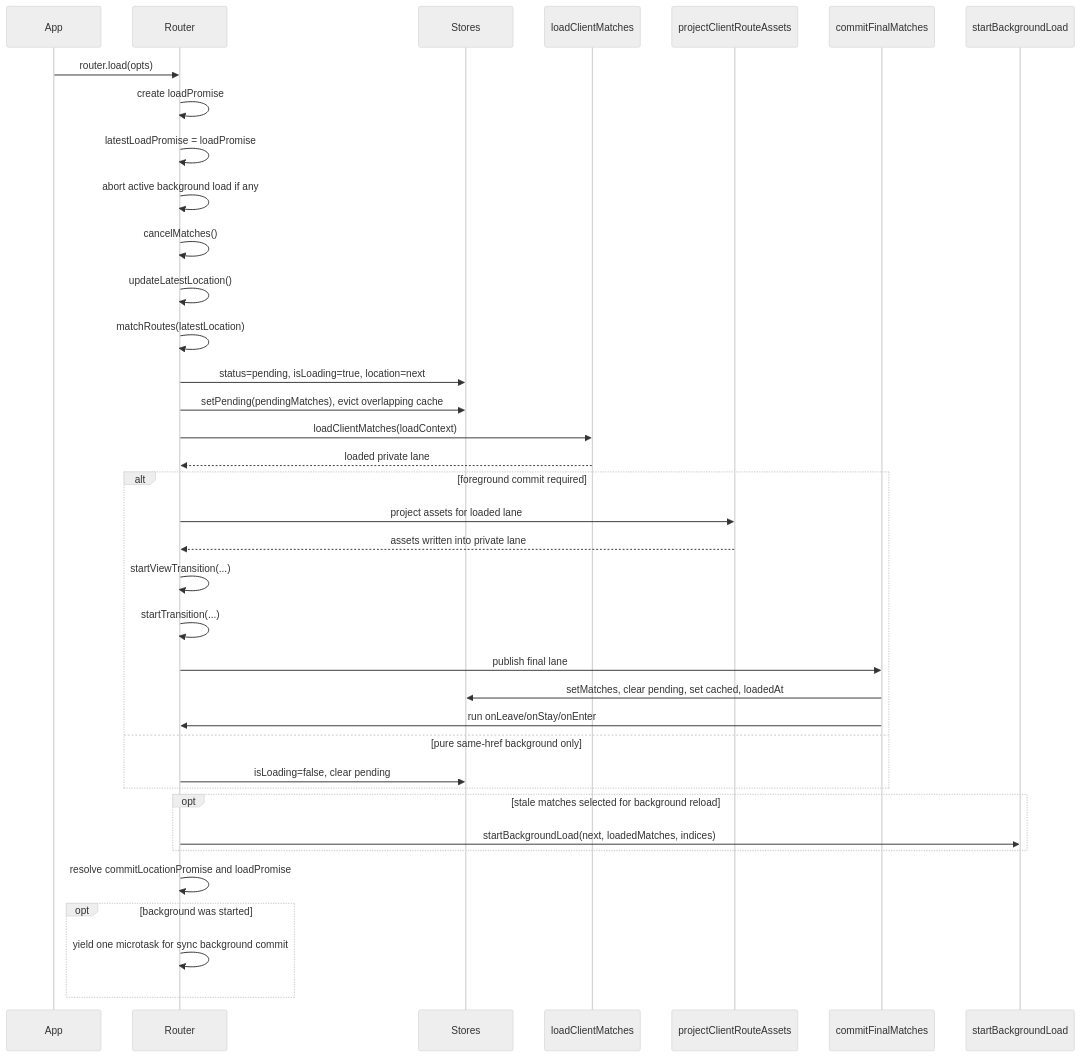
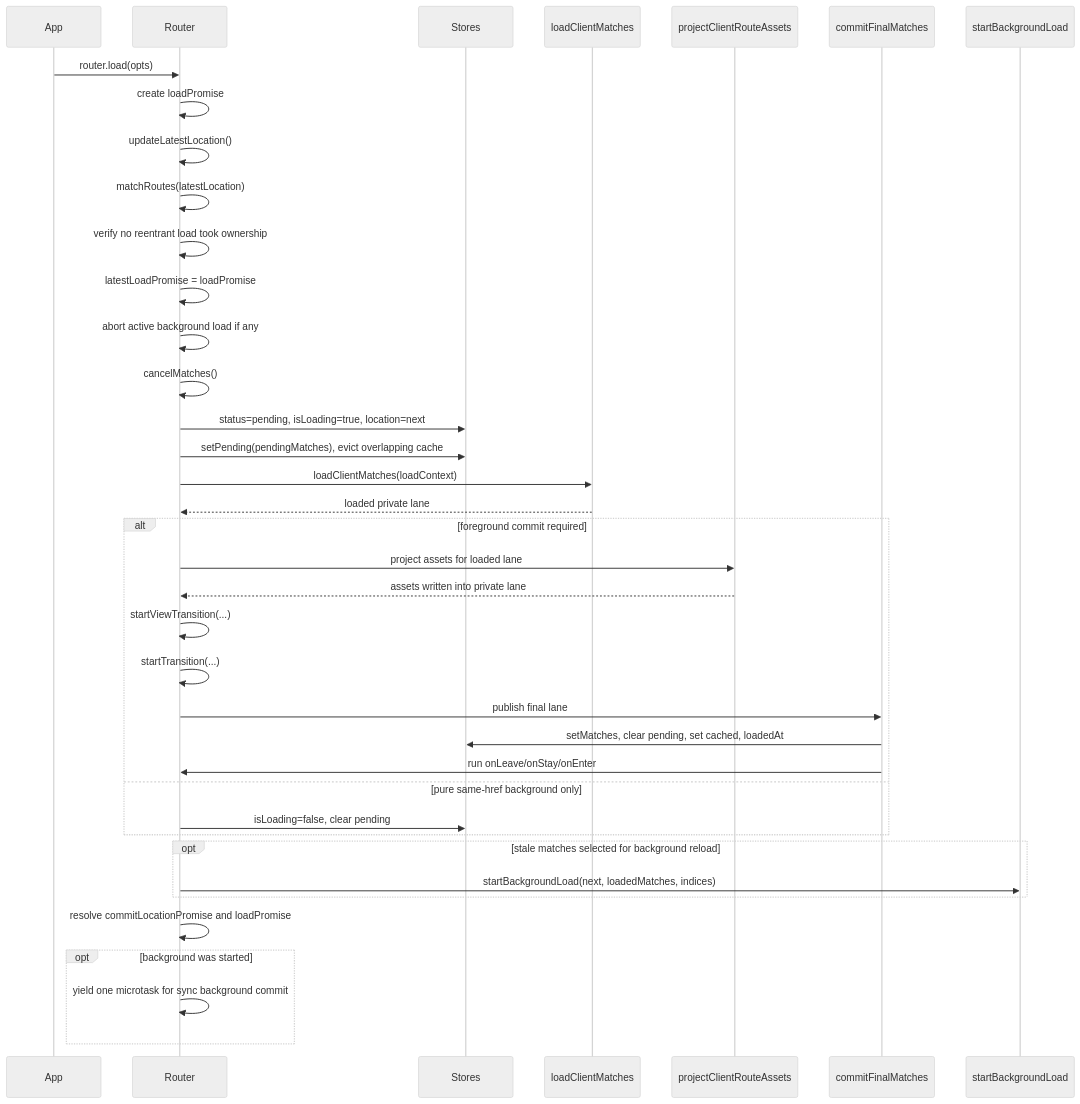
One commit to TanStack/router changed the third of 12 diagrams in packages/router-core/INTERNALS.md. Above: the diagram before and after it, drawn with Mermaid (neutral theme). The commit also changed other lines of this file and 89 other files, not shown here.

````diff
--- a/packages/router-core/INTERNALS.md
+++ b/packages/router-core/INTERNALS.md
@@ -290,40 +325,41 @@
 ```mermaid
 sequenceDiagram
   participant App
   participant Router
   participant Stores
   participant Loader as loadClientMatches
   participant Assets as projectClientRouteAssets
   participant Commit as commitFinalMatches
   participant Bg as startBackgroundLoad
 
   App->>Router: router.load(opts)
   Router->>Router: create loadPromise
+  Router->>Router: updateLatestLocation()
+  Router->>Router: matchRoutes(latestLocation)
+  Router->>Router: verify no reentrant load took ownership
   Router->>Router: latestLoadPromise = loadPromise
   Router->>Router: abort active background load if any
   Router->>Router: cancelMatches()
-  Router->>Router: updateLatestLocation()
-  Router->>Router: matchRoutes(latestLocation)
   Router->>Stores: status=pending, isLoading=true, location=next
   Router->>Stores: setPending(pendingMatches), evict overlapping cache
   Router->>Loader: loadClientMatches(loadContext)
   Loader-->>Router: loaded private lane
   alt foreground commit required
     Router->>Assets: project assets for loaded lane
     Assets-->>Router: assets written into private lane
     Router->>Router: startViewTransition(...)
     Router->>Router: startTransition(...)
     Router->>Commit: publish final lane
     Commit->>Stores: setMatches, clear pending, set cached, loadedAt
     Commit->>Router: run onLeave/onStay/onEnter
   else pure same-href background only
     Router->>Stores: isLoading=false, clear pending
   end
   opt stale matches selected for background reload
     Router->>Bg: startBackgroundLoad(next, loadedMatches, indices)
   end
   Router->>Router: resolve commitLocationPromise and loadPromise
   opt background was started
     Router->>Router: yield one microtask for sync background commit
   end
 ```
````
